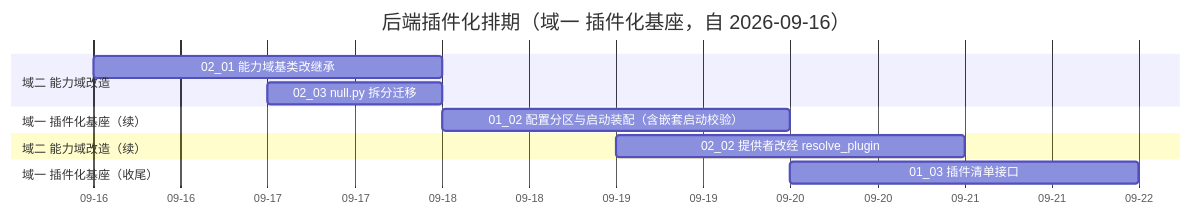
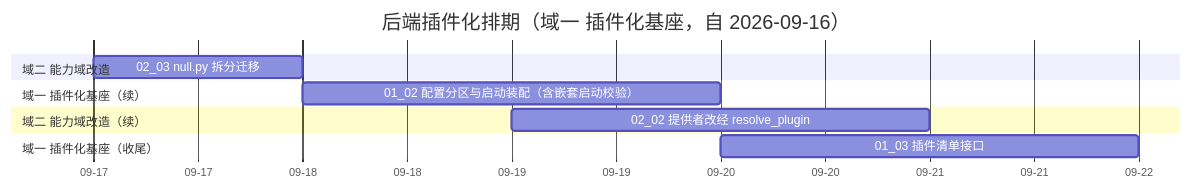
The diagram in bms文档/项目/03_后端插件化/计划/01_计划_后端插件化.md (minjian123/basic-management-system), drawn with Mermaid before and after one commit. The commit also changed other lines of this file and 9 other files, not shown here.

````diff
--- a/bms文档/项目/03_后端插件化/计划/01_计划_后端插件化.md
+++ b/bms文档/项目/03_后端插件化/计划/01_计划_后端插件化.md
@@ -36,15 +36,14 @@
 ```mermaid
 gantt
     title 后端插件化排期（域一 插件化基座，自 2026-09-16）
     dateFormat  YYYY-MM-DD
     axisFormat %m-%d
     section 域二 能力域改造
-    02_01 能力域基类改继承 :t0201, 2026-09-16, 2d
     02_03 null.py 拆分迁移 :t0203, 2026-09-17, 1d
     section 域一 插件化基座（续）
     01_02 配置分区与启动装配（含嵌套启动校验） :t0102, 2026-09-18, 2d
     section 域二 能力域改造（续）
     02_02 提供者改经 resolve_plugin :t0202, 2026-09-19, 2d
     section 域一 插件化基座（收尾）
     01_03 插件清单接口 :t0103, 2026-09-20, 2d
 ```
````
